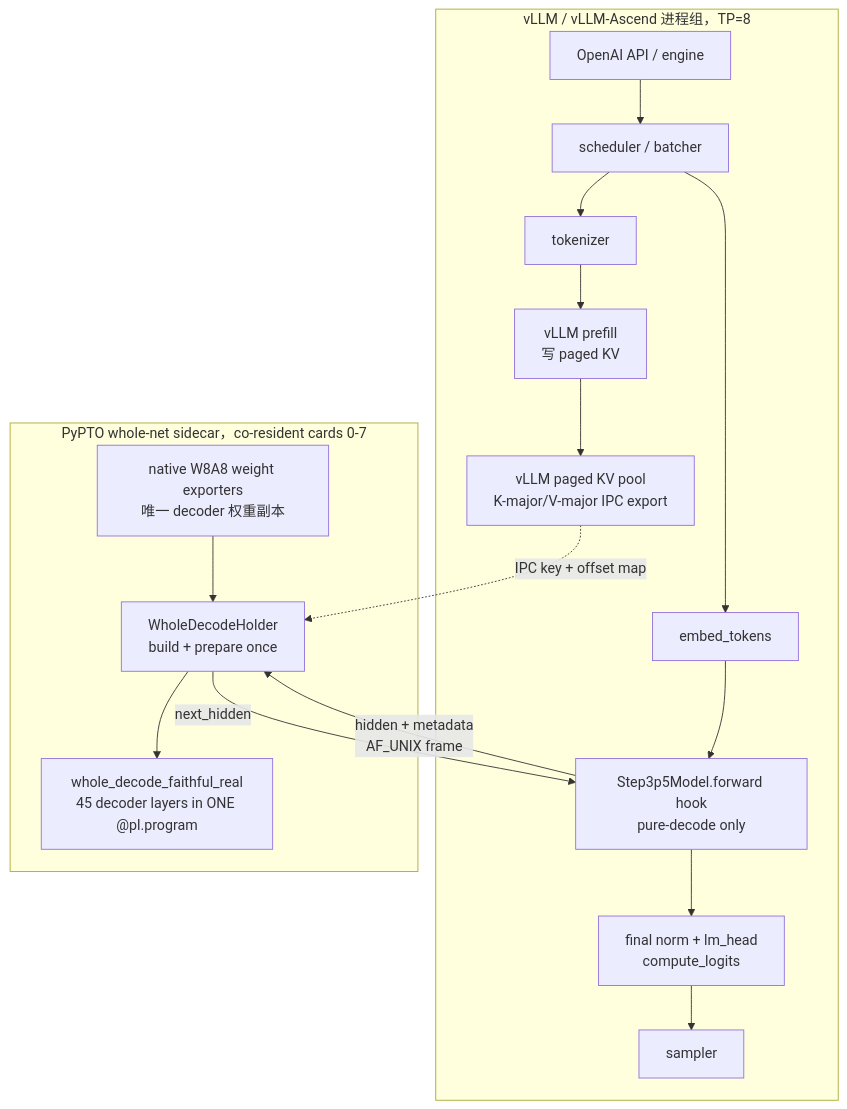
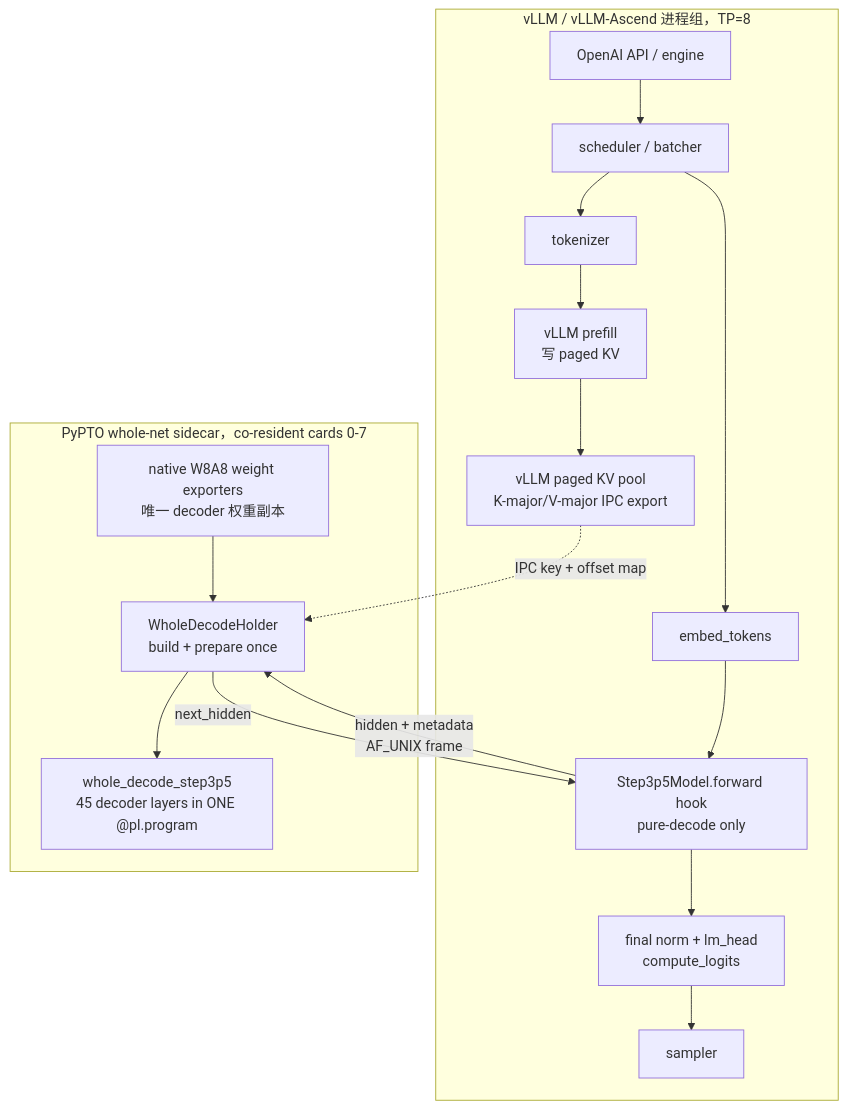
One commit to csy0225/pypto-project changed the first of 5 diagrams in design/vllm-pypto/02-detailed-design.md. Above: the diagram before and after it, drawn with Mermaid. The commit also changed other lines of this file and 19 other files, not shown here.

````diff
--- a/design/vllm-pypto/02-detailed-design.md
+++ b/design/vllm-pypto/02-detailed-design.md
@@ -52,27 +52,27 @@
 ```mermaid
 flowchart TD
     subgraph V["vLLM / vLLM-Ascend 进程组，TP=8"]
         API["OpenAI API / engine"]
         SCH["scheduler / batcher"]
         TOK["tokenizer"]
         PREF["vLLM prefill\n写 paged KV"]
         KV["vLLM paged KV pool\nK-major/V-major IPC export"]
         EMB["embed_tokens"]
         HOOK["Step3p5Model.forward hook\npure-decode only"]
         TAIL["final norm + lm_head\ncompute_logits"]
         SMP["sampler"]
         API --> SCH --> TOK --> PREF --> KV
         SCH --> EMB --> HOOK --> TAIL --> SMP
     end
 
     subgraph P["PyPTO whole-net sidecar，co-resident cards 0-7"]
         EXP["native W8A8 weight exporters\n唯一 decoder 权重副本"]
         HOLDER["WholeDecodeHolder\nbuild + prepare once"]
-        WNET["whole_decode_faithful_real\n45 decoder layers in ONE @pl.program"]
+        WNET["whole_decode_step3p5\n45 decoder layers in ONE @pl.program"]
         EXP --> HOLDER --> WNET
     end
 
     KV -. "IPC key + offset map" .-> HOLDER
     HOOK -- "hidden + metadata\nAF_UNIX frame" --> HOLDER
     HOLDER -- "next_hidden" --> HOOK
 ```
````
